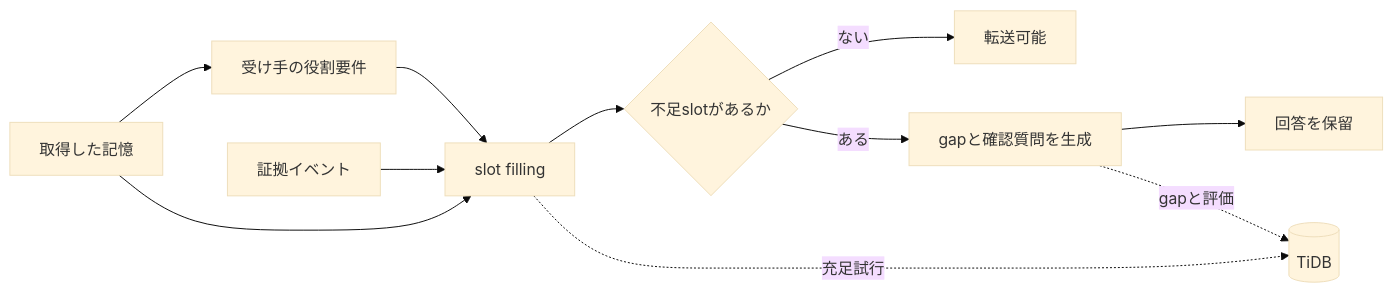
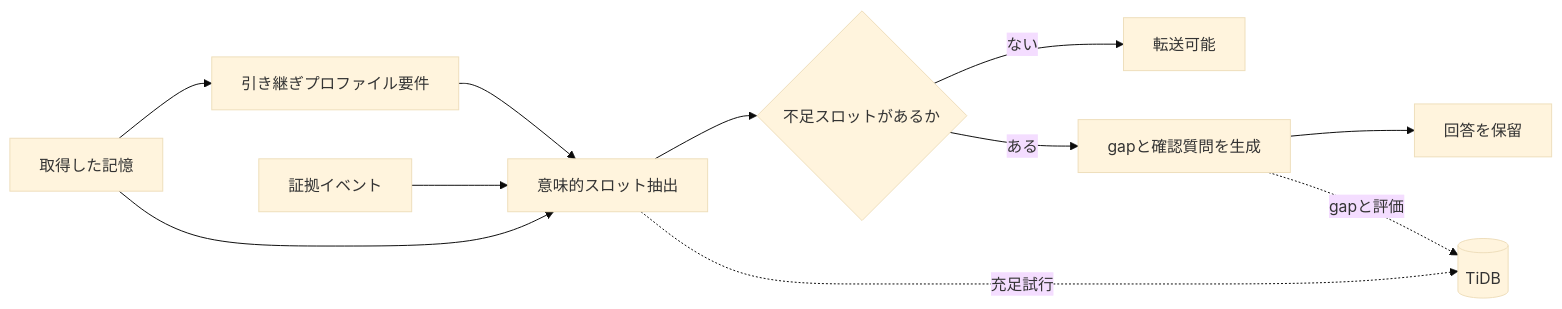
One commit to masanori0209/handovergap changed the diagram in article/zenn_draft.md. Above: the diagram before and after it, drawn with Mermaid (base theme). The commit also changed other lines of this file and 4 other files, not shown here.

````diff
--- a/article/zenn_draft.md
+++ b/article/zenn_draft.md
@@ -55,13 +55,13 @@
 ```mermaid
 flowchart LR
-    M[取得した記憶] --> R[受け手の役割要件]
-    E[証拠イベント] --> F[slot filling]
+    M[取得した記憶] --> R[引き継ぎプロファイル要件]
+    E[証拠イベント] --> F[意味的スロット抽出]
     R --> F
     M --> F
-    F --> G{不足slotがあるか}
+    F --> G{不足スロットがあるか}
     G -- ない --> A[転送可能]
     G -- ある --> Q[gapと確認質問を生成]
     Q --> B[回答を保留]
     F -. 充足試行 .-> T[(TiDB)]
     Q -. gapと評価 .-> T
 ```
````
